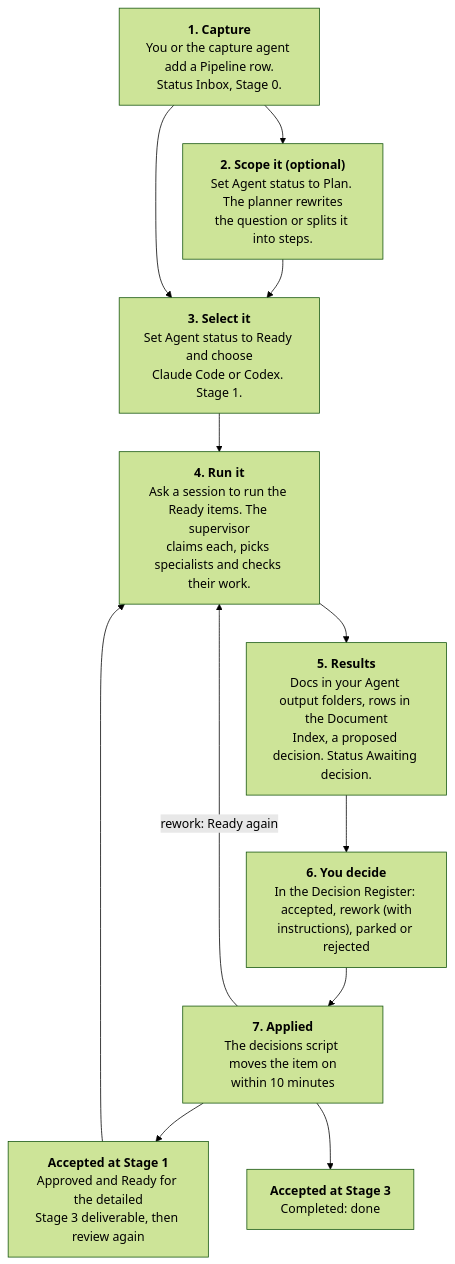
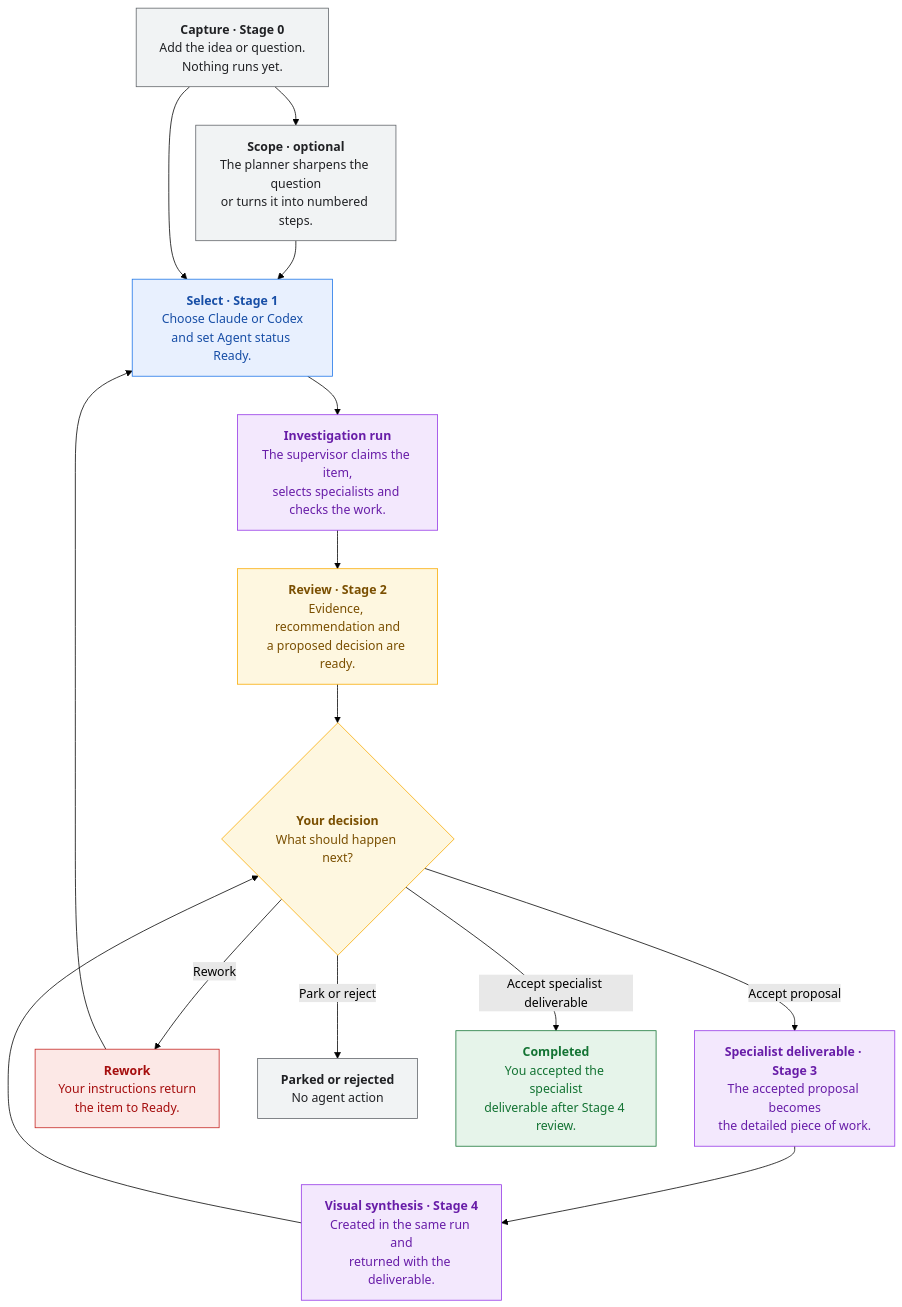
Before and after one commit to Welladino/Horology: the second of 2 diagrams in docs/runbook/setup/how-horology-works.md, drawn with Mermaid (forest theme). The commit also changed other lines of this file and 49 other files, not shown here.

Commit message:
docs: refresh architecture and operational guides

````diff
--- a/docs/runbook/setup/how-horology-works.md
+++ b/docs/runbook/setup/how-horology-works.md
@@ -57,18 +71,35 @@
 ```mermaid
 flowchart TB
-  capture["<b>1. Capture</b><br/>You or the capture agent add a Pipeline row.<br/>Status Inbox, Stage 0."]
-  plan["<b>2. Scope it (optional)</b><br/>Set Agent status to Plan. The planner rewrites<br/>the question or splits it into steps."]
-  ready["<b>3. Select it</b><br/>Set Agent status to Ready and choose<br/>Claude Code or Codex. Stage 1."]
-  run["<b>4. Run it</b><br/>Ask a session to run the Ready items. The supervisor<br/>claims each, picks specialists and checks their work."]
-  results["<b>5. Results</b><br/>Docs in your Agent output folders, rows in the Document<br/>Index, a proposed decision. Status Awaiting decision."]
-  decide["<b>6. You decide</b><br/>In the Decision Register: accepted, rework (with<br/>instructions), parked or rejected"]
-  apply["<b>7. Applied</b><br/>The decisions script moves the item on<br/>within 10 minutes"]
-  stage3["<b>Accepted at Stage 1</b><br/>Approved and Ready for the detailed<br/>Stage 3 deliverable, then review again"]
-  done["<b>Accepted at Stage 3</b><br/>Completed: done"]
+  capture["<b>Capture · Stage 0</b><br/>Add the idea or question.<br/>Nothing runs yet."]
+  plan["<b>Scope · optional</b><br/>The planner sharpens the question<br/>or turns it into numbered steps."]
+  ready["<b>Select · Stage 1</b><br/>Choose Claude or Codex<br/>and set Agent status Ready."]
+  investigate["<b>Investigation run</b><br/>The supervisor claims the item,<br/>selects specialists and checks the work."]
+  proposal["<b>Review · Stage 2</b><br/>Evidence, recommendation and<br/>a proposed decision are ready."]
+  decision{"<b>Your decision</b><br/>What should happen next?"}
+  deliverable["<b>Specialist deliverable · Stage 3</b><br/>The accepted proposal becomes<br/>the detailed piece of work."]
+  synthesis["<b>Visual synthesis · Stage 4</b><br/>Created in the same run and<br/>returned with the deliverable."]
+  revise["<b>Rework</b><br/>Your instructions return<br/>the item to Ready."]
+  stopped["<b>Parked or rejected</b><br/>No agent action"]
+  done["<b>Completed</b><br/>You accepted the specialist<br/>deliverable after Stage 4 review."]
+
   capture --> plan --> ready
   capture --> ready
-  ready --> run --> results --> decide --> apply
-  apply --> stage3 --> run
-  apply -- "rework: Ready again" --> run
-  apply --> done
+  ready --> investigate --> proposal --> decision
+  decision -->|Accept proposal| deliverable --> synthesis --> decision
+  decision -->|Rework| revise --> ready
+  decision -->|Park or reject| stopped
+  decision -->|Accept specialist deliverable| done
+
+  classDef captureStyle fill:#f1f3f4,stroke:#5f6368,color:#202124
+  classDef selected fill:#e8f0fe,stroke:#1a73e8,color:#174ea6
+  classDef agent fill:#f3e8fd,stroke:#9334e6,color:#681da8
+  classDef review fill:#fef7e0,stroke:#f9ab00,color:#7a4f01
+  classDef success fill:#e6f4ea,stroke:#137333,color:#137333
+  classDef reviseStyle fill:#fce8e6,stroke:#c5221f,color:#a50e0e
+  class capture,plan,stopped captureStyle
+  class ready selected
+  class investigate,deliverable,synthesis agent
+  class proposal,decision review
+  class done success
+  class revise reviseStyle
 ```
````
